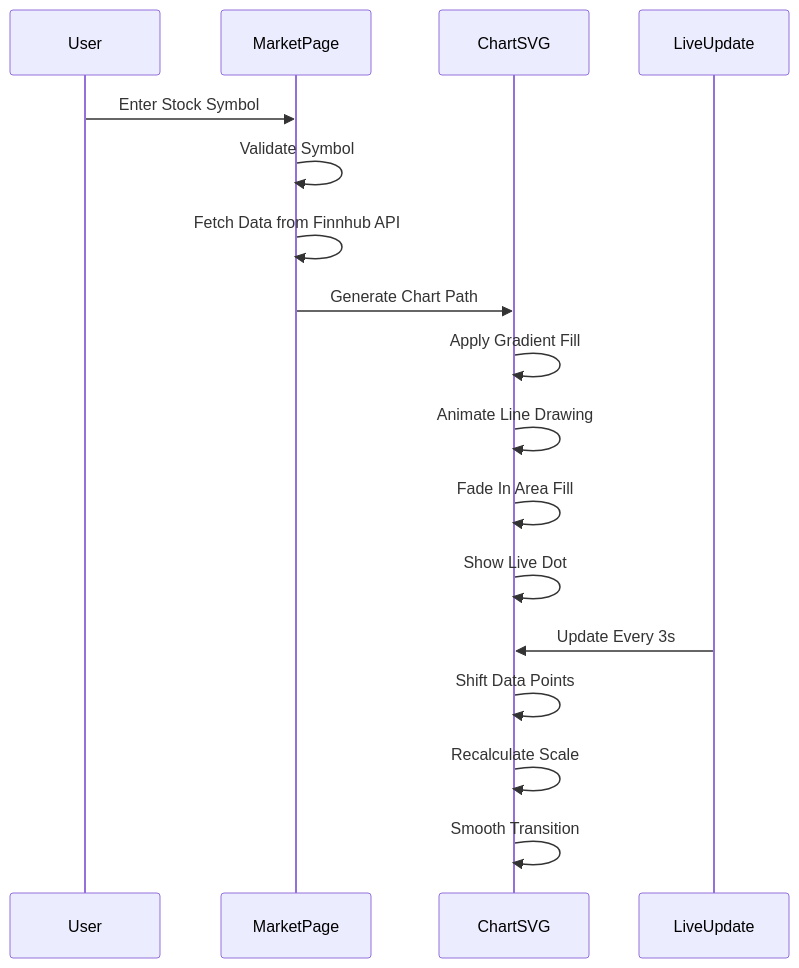
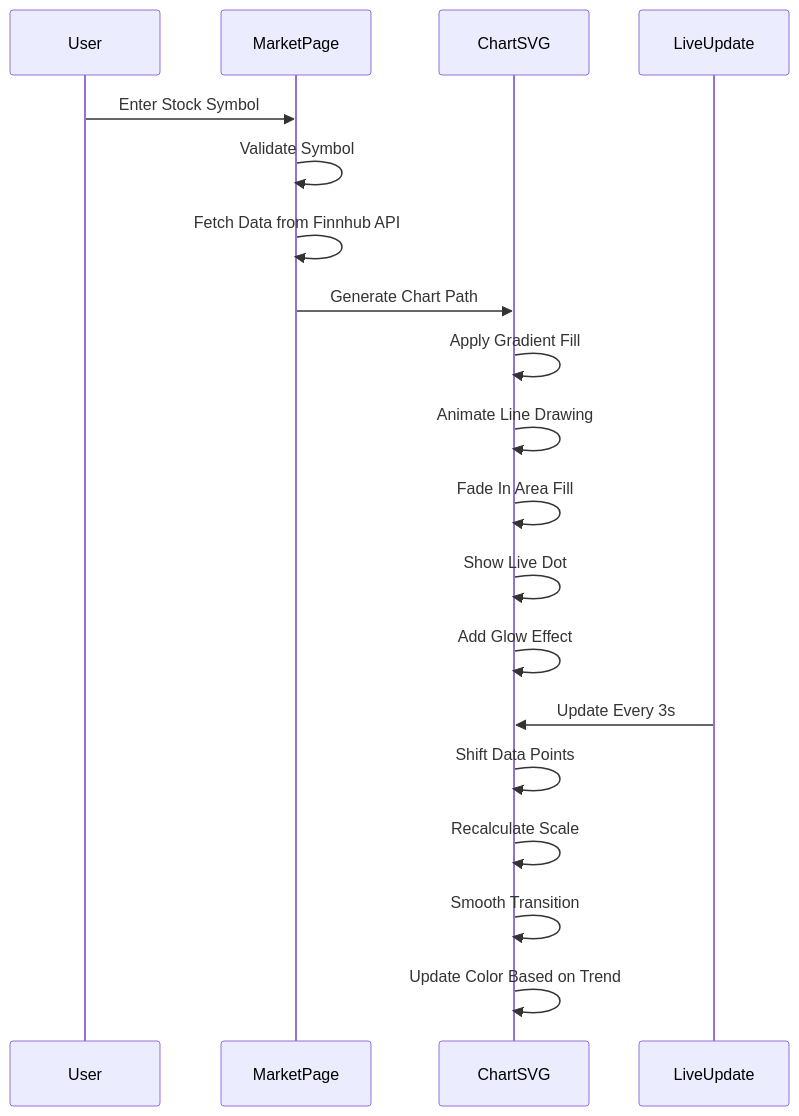
The second of 6 diagrams in .qoder/repowiki/en/content/User Interface Components.md (ayushtiwari1526/TheReinforcers_AyushTiwari), drawn with Mermaid before and after one commit. The commit also changed other lines of this file and 9 other files, not shown here.

````diff
--- a/.qoder/repowiki/en/content/User Interface Components.md
+++ b/.qoder/repowiki/en/content/User Interface Components.md
@@ -92,19 +125,21 @@
 ```mermaid
 sequenceDiagram
 participant User
 participant MarketPage
 participant ChartSVG
 participant LiveUpdate
 User->>MarketPage : Enter Stock Symbol
 MarketPage->>MarketPage : Validate Symbol
 MarketPage->>MarketPage : Fetch Data from Finnhub API
 MarketPage->>ChartSVG : Generate Chart Path
 ChartSVG->>ChartSVG : Apply Gradient Fill
 ChartSVG->>ChartSVG : Animate Line Drawing
 ChartSVG->>ChartSVG : Fade In Area Fill
 ChartSVG->>ChartSVG : Show Live Dot
+ChartSVG->>ChartSVG : Add Glow Effect
 LiveUpdate->>ChartSVG : Update Every 3s
 ChartSVG->>ChartSVG : Shift Data Points
 ChartSVG->>ChartSVG : Recalculate Scale
 ChartSVG->>ChartSVG : Smooth Transition
+ChartSVG->>ChartSVG : Update Color Based on Trend
 ```
````
